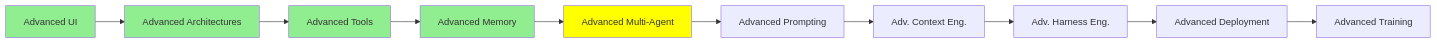
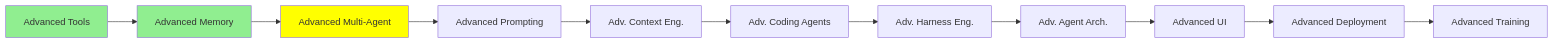
Before and after one commit to lokumai/ai-engineering-bazaar: the diagram in mini-courses/3_expert/advanced_multiagent.md, drawn with Mermaid. The commit also changed 99 other files, not shown here.

````diff
--- a/mini-courses/3_expert/advanced_multiagent.md
+++ b/mini-courses/3_expert/advanced_multiagent.md
@@ -22,17 +22,16 @@
 ```mermaid
 graph LR
-    A[Advanced UI] --> B[Advanced Architectures]
-    B --> C[Advanced Tools]
-    C --> D[Advanced Memory]
-    D --> E[Advanced Multi-Agent]
-    E --> F[Advanced Prompting]
-    F --> G[Adv. Context Eng.]
-    G --> H[Adv. Harness Eng.]
-    H --> I[Advanced Deployment]
-    I --> J[Advanced Training]
+    A[Advanced Tools] --> B[Advanced Memory]
+    B --> C[Advanced Multi-Agent]
+    C --> D[Advanced Prompting]
+    D --> E[Adv. Context Eng.]
+    E --> F[Adv. Coding Agents]
+    F --> G[Adv. Harness Eng.]
+    G --> H[Adv. Agent Arch.]
+    H --> I[Advanced UI]
+    I --> J[Advanced Deployment]
+    J --> K[Advanced Training]
     style A fill:#90EE90
     style B fill:#90EE90
-    style C fill:#90EE90
-    style D fill:#90EE90
-    style E fill:#FFFF00
+    style C fill:#FFFF00
 ```
````
